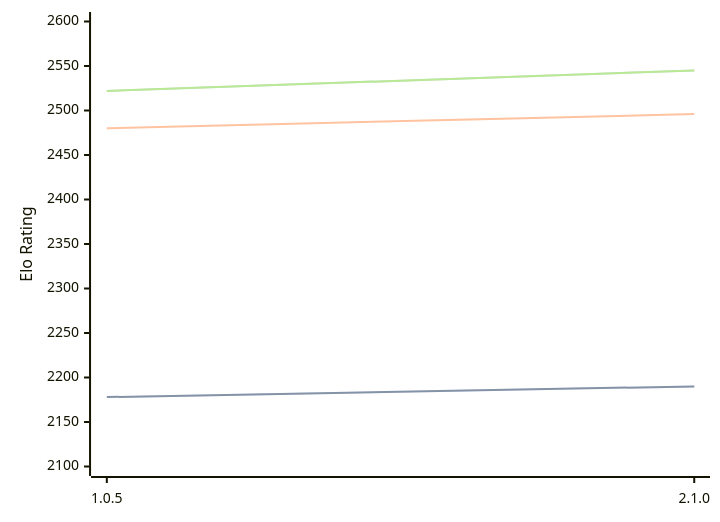
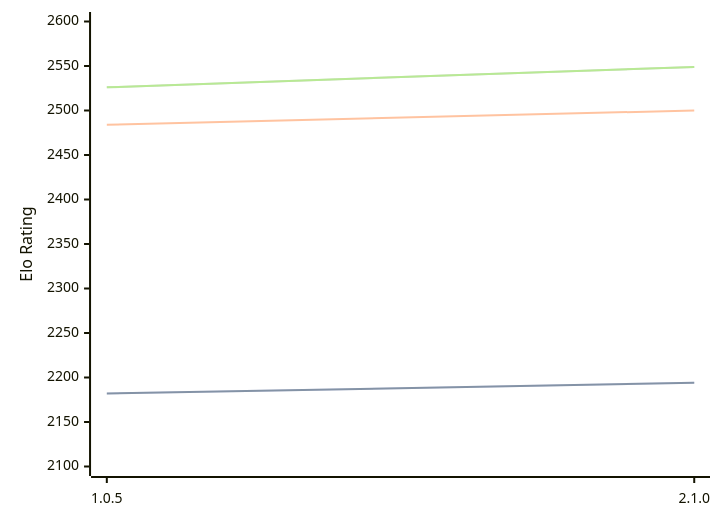
One commit to computer-chess-index/cci changed the diagram in engines/Ruffian.md. Above: the diagram before and after it, drawn with Mermaid. The commit also changed other lines of this file, not shown here.

Commit message:
Update CCI Ratings (ELO VLTC) - 2026-04-30

````diff
--- a/engines/Ruffian.md
+++ b/engines/Ruffian.md
@@ -32,11 +32,11 @@
 ```mermaid
 %%{init: {"theme":"base","themeVariables":{"seriesColors:['#a3a3a3','#222221','#faa371']}}}%%
 xychart-beta
   x-axis ["1.0.5", "2.1.0"]
   y-axis "Elo Rating" 2100 --> 2600
-  line "STC (8.0+0.08s)" [2178, 2190]
-  line "STC (8.0+0.08s)" [2178, 2190]
-  line "LTC (60.0+0.60s)" [2480, 2496]
-  line "VLTC (2m24s+1.12s)" [2522, 2545]
-  line "VLTC (2m24s+1.12s)" [2522, 2545]
+  line "STC (8.0+0.08s)" [2182, 2194]
+  line "STC (8.0+0.08s)" [2182, 2194]
+  line "LTC (60.0+0.60s)" [2484, 2500]
+  line "VLTC (2m24s+1.12s)" [2526, 2549]
+  line "VLTC (2m24s+1.12s)" [2526, 2549]
 ```
````
